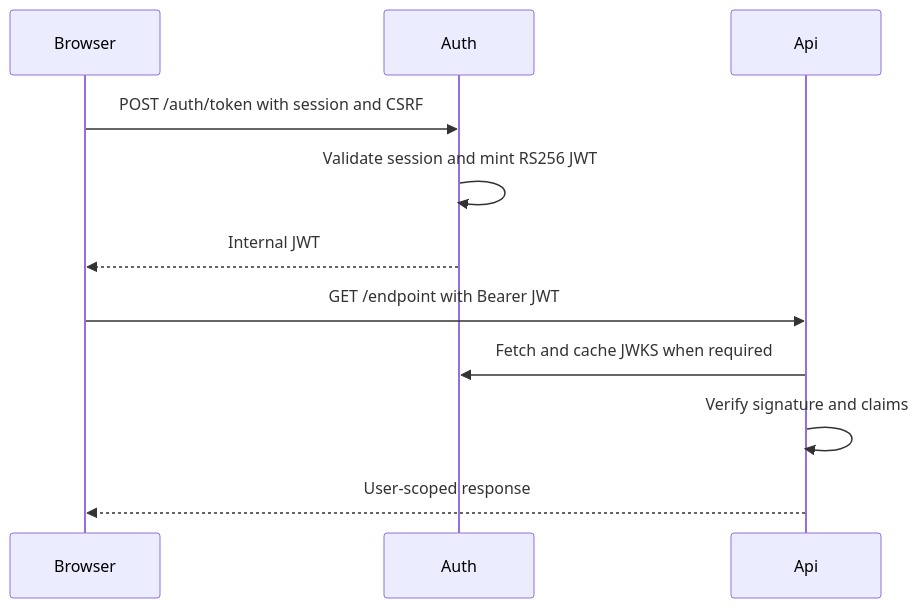
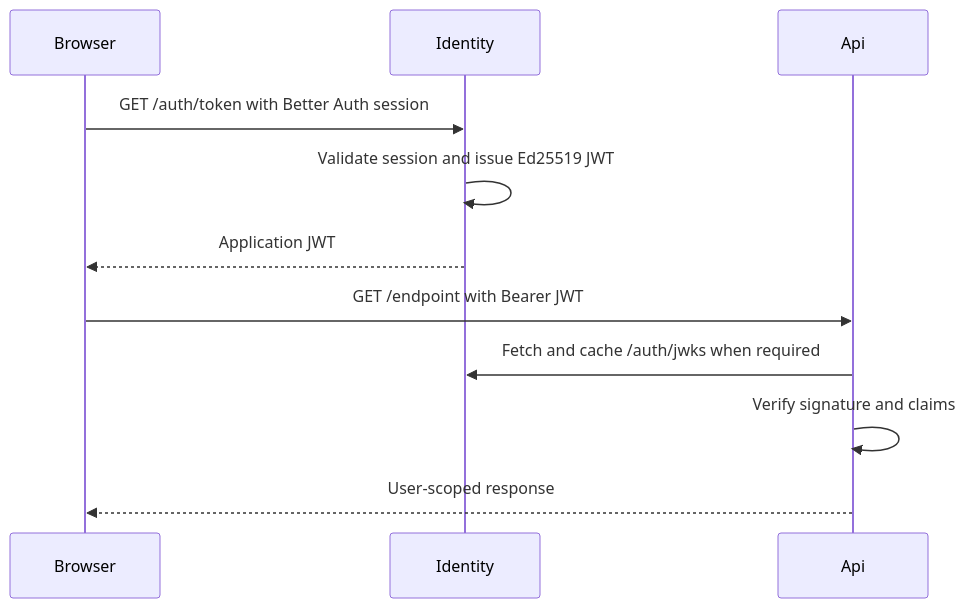
Before and after one commit to andreshere00/LaLiga-Fantasy-Builder: the second of 3 diagrams in docs/architecture.md, drawn with Mermaid. The commit also changed other lines of this file and 159 other files, not shown here.

Commit message:
refactor: change authentication method to use better auth instead of keycloak

````diff
--- a/docs/architecture.md
+++ b/docs/architecture.md
@@ -282,14 +255,14 @@
 ```mermaid
 sequenceDiagram
     participant Browser
-    participant Auth
+    participant Identity
     participant Api
 
-    Browser->>Auth: POST /auth/token with session and CSRF
-    Auth->>Auth: Validate session and mint RS256 JWT
-    Auth-->>Browser: Internal JWT
+    Browser->>Identity: GET /auth/token with Better Auth session
+    Identity->>Identity: Validate session and issue Ed25519 JWT
+    Identity-->>Browser: Application JWT
     Browser->>Api: GET /endpoint with Bearer JWT
-    Api->>Auth: Fetch and cache JWKS when required
+    Api->>Identity: Fetch and cache /auth/jwks when required
     Api->>Api: Verify signature and claims
     Api-->>Browser: User-scoped response
 ```
````
